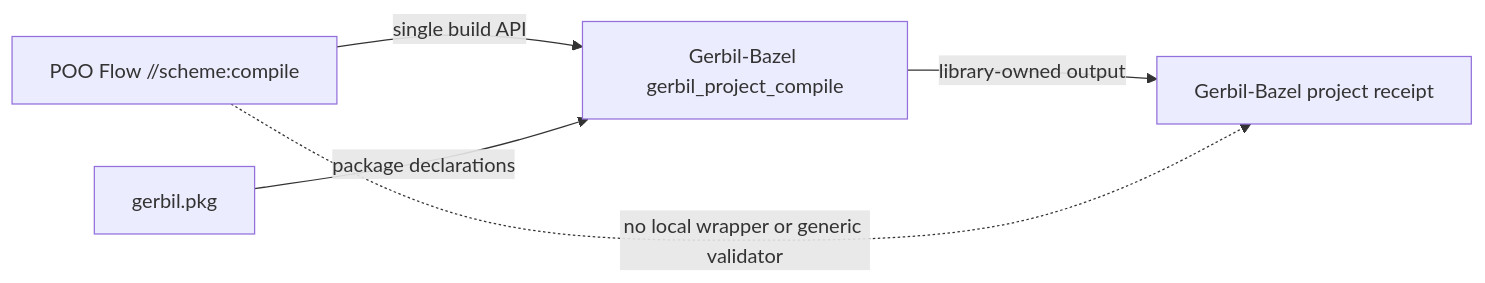
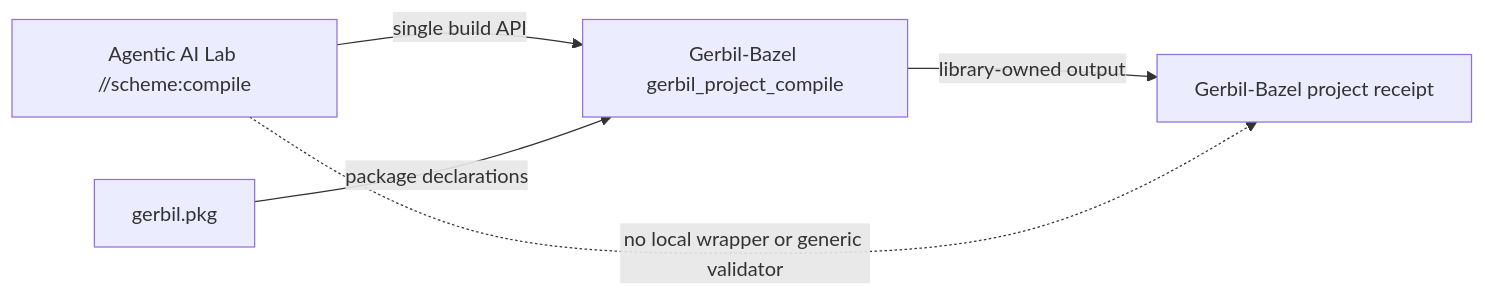
One commit to tao3k/gebril-yuanxu changed the second of 2 diagrams in module-system/design/147-adaptive-scheme-build-guard/03-performance-amendment/03-relative-ci-budget.org. Above: the diagram before and after it, drawn with Mermaid. The commit also changed other lines of this file and 507 other files, not shown here.

```diff
--- a/module-system/design/147-adaptive-scheme-build-guard/03-performance-amendment/03-relative-ci-budget.org
+++ b/module-system/design/147-adaptive-scheme-build-guard/03-performance-amendment/03-relative-ci-budget.org
@@ -76,12 +76,12 @@
 #+begin_src mermaid
 flowchart LR
-  Build["POO Flow //scheme:compile"]
+  Build["Agentic AI Lab //scheme:compile"]
   API["Gerbil-Bazel gerbil_project_compile"]
   Package["gerbil.pkg"]
   Receipt["Gerbil-Bazel project receipt"]
 
   Build -->|"single build API"| API
   Package -->|"package declarations"| API
   API -->|"library-owned output"| Receipt
   Build -.->|"no local wrapper or generic validator"| Receipt
 #+end_src
```
